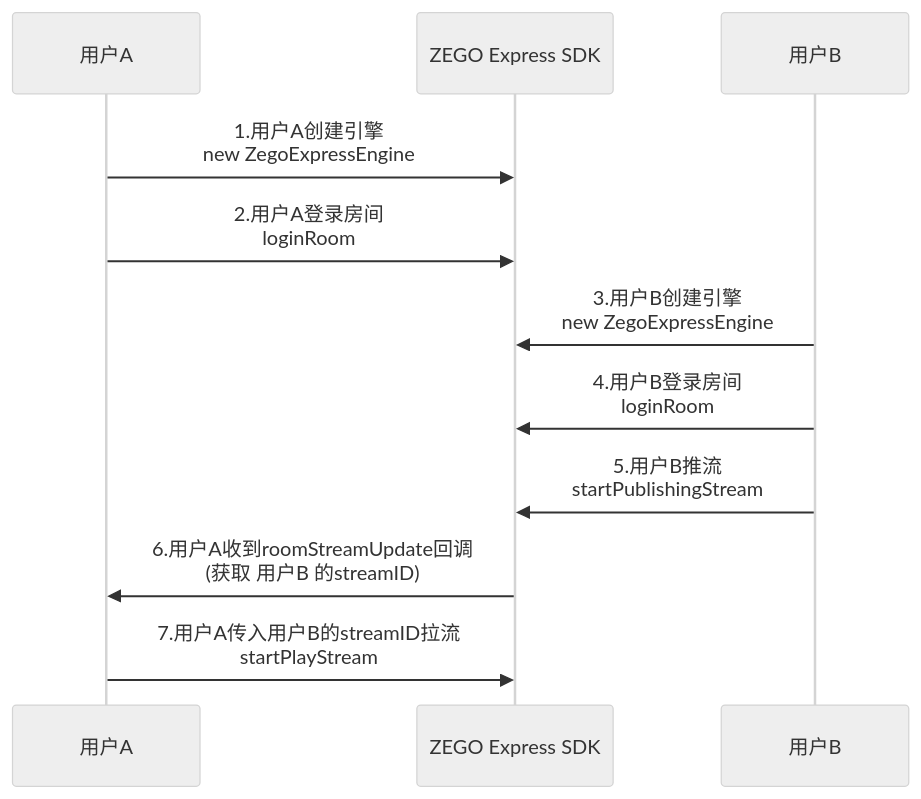
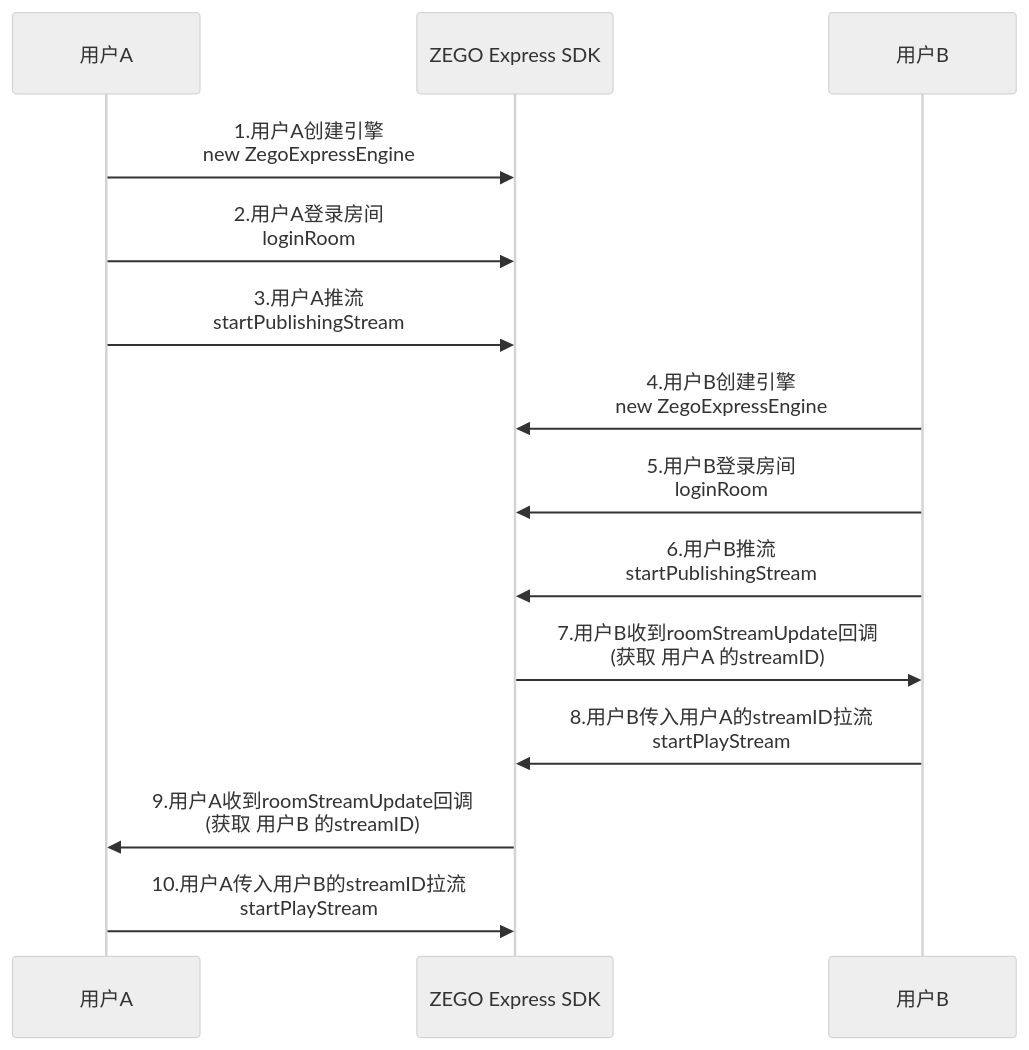
One commit to ZEGOCLOUD/docs_all changed the first of 2 diagrams in core_products/real-time-voice-video/zh/cocos-creator-ts/quick-start/quick-access-websdk.mdx. Above: the diagram before and after it, drawn with Mermaid (neutral theme). The commit also changed other lines of this file and 35 other files, not shown here.

First line of the commit message:
RealTimeVoiceVideo: Update implementation flow diagram to show bidirectional stream

````diff
--- a/core_products/real-time-voice-video/zh/cocos-creator-ts/quick-start/quick-access-websdk.mdx
+++ b/core_products/real-time-voice-video/zh/cocos-creator-ts/quick-start/quick-access-websdk.mdx
@@ -39,13 +39,16 @@
 ```mermaid
 sequenceDiagram
-    participant 用户A
-    participant ZEGO Express SDK
-    participant 用户B
-    用户A->>ZEGO Express SDK: 1.用户A创建引擎 <br/> new ZegoExpressEngine
-    用户A->>ZEGO Express SDK: 2.用户A登录房间 <br/> loginRoom
-    用户B->>ZEGO Express SDK: 3.用户B创建引擎 <br/> new ZegoExpressEngine
-    用户B->>ZEGO Express SDK: 4.用户B登录房间 <br/> loginRoom
-    用户B->>ZEGO Express SDK: 5.用户B推流 <br/> startPublishingStream
-    ZEGO Express SDK->>用户A: 6.用户A收到roomStreamUpdate回调 <br/> (获取 用户B 的streamID)
-    用户A->>ZEGO Express SDK: 7.用户A传入用户B的streamID拉流 <br/> startPlayStream
+ participant 用户A
+ participant ZEGO Express SDK
+ participant 用户B
+ 用户A->>ZEGO Express SDK: 1.用户A创建引擎 <br/> new ZegoExpressEngine
+ 用户A->>ZEGO Express SDK: 2.用户A登录房间 <br/> loginRoom
+ 用户A->>ZEGO Express SDK: 3.用户A推流 <br/> startPublishingStream
+ 用户B->>ZEGO Express SDK: 4.用户B创建引擎 <br/> new ZegoExpressEngine
+ 用户B->>ZEGO Express SDK: 5.用户B登录房间 <br/> loginRoom
+ 用户B->>ZEGO Express SDK: 6.用户B推流 <br/> startPublishingStream
+ ZEGO Express SDK->>用户B: 7.用户B收到roomStreamUpdate回调 <br/> (获取 用户A 的streamID)
+ 用户B->>ZEGO Express SDK: 8.用户B传入用户A的streamID拉流 <br/> startPlayStream
+ ZEGO Express SDK->>用户A: 9.用户A收到roomStreamUpdate回调 <br/> (获取 用户B 的streamID)
+ 用户A->>ZEGO Express SDK: 10.用户A传入用户B的streamID拉流 <br/> startPlayStream
 ```
````
